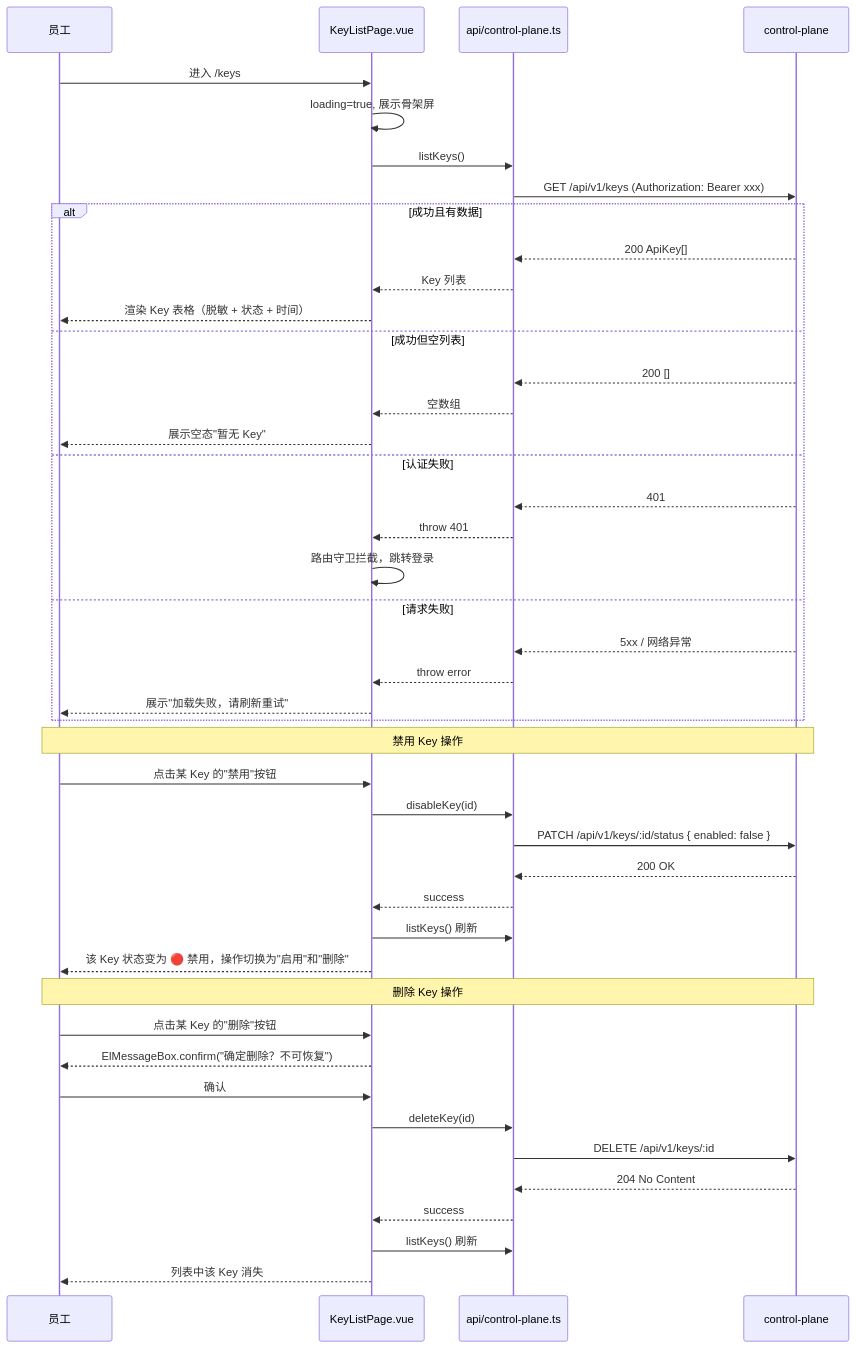
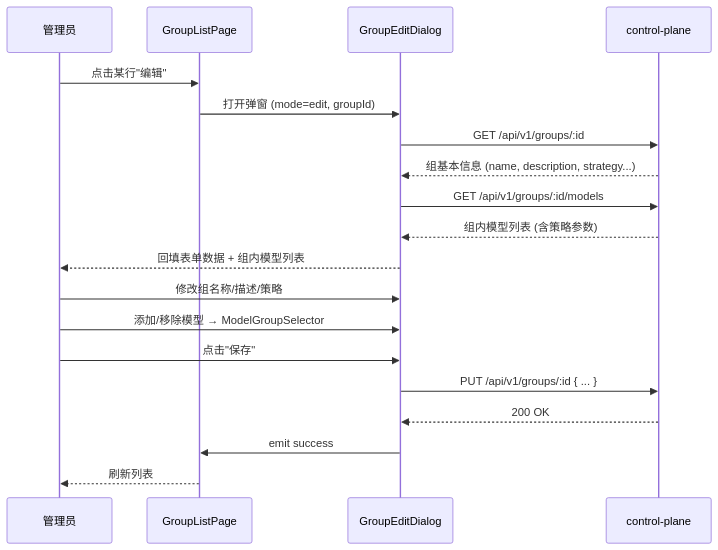
Before and after one commit to achieve-jsy/llm-gateway: the second of 3 diagrams in xspec/changes/ops-console/design.delta.md, drawn with Mermaid. The commit also changed other lines of this file and 174 other files, not shown here.

````diff
--- a/xspec/changes/ops-console/design.delta.md
+++ b/xspec/changes/ops-console/design.delta.md
@@ -375,50 +564,23 @@
 ```mermaid
 sequenceDiagram
-    participant User as 员工
-    participant Page as KeyListPage.vue
-    participant API as api/control-plane.ts
+    participant ADM as 管理员
+    participant GLP as GroupListPage
+    participant GED as GroupEditDialog
     participant CP as control-plane
 
-    User->>Page: 进入 /keys
-    Page->>Page: loading=true, 展示骨架屏
-    Page->>API: listKeys()
-    API->>CP: GET /api/v1/keys (Authorization: Bearer xxx)
+    ADM->>GLP: 点击某行"编辑"
+    GLP->>GED: 打开弹窗 (mode=edit, groupId)
+    GED->>CP: GET /api/v1/groups/:id
+    CP-->>GED: 组基本信息 (name, description, strategy...)
+    GED->>CP: GET /api/v1/groups/:id/models
+    CP-->>GED: 组内模型列表 (含策略参数)
+    GED-->>ADM: 回填表单数据 + 组内模型列表
 
-    alt 成功且有数据
-        CP-->>API: 200 ApiKey[]
-        API-->>Page: Key 列表
-        Page-->>User: 渲染 Key 表格（脱敏 + 状态 + 时间）
-    else 成功但空列表
-        CP-->>API: 200 []
-        API-->>Page: 空数组
-        Page-->>User: 展示空态"暂无 Key"
-    else 认证失败
-        CP-->>API: 401
-        API-->>Page: throw 401
-        Page->>Page: 路由守卫拦截，跳转登录
-    else 请求失败
-        CP-->>API: 5xx / 网络异常
-        API-->>Page: throw error
-        Page-->>User: 展示"加载失败，请刷新重试"
-    end
-
-    Note over User,CP: 禁用 Key 操作
-    User->>Page: 点击某 Key 的"禁用"按钮
-    Page->>API: disableKey(id)
-    API->>CP: PATCH /api/v1/keys/:id/status { enabled: false }
-    CP-->>API: 200 OK
-    API-->>Page: success
-    Page->>API: listKeys() 刷新
-    Page-->>User: 该 Key 状态变为 🔴 禁用，操作切换为"启用"和"删除"
-
-    Note over User,CP: 删除 Key 操作
-    User->>Page: 点击某 Key 的"删除"按钮
-    Page-->>User: ElMessageBox.confirm("确定删除？不可恢复")
-    User->>Page: 确认
-    Page->>API: deleteKey(id)
-    API->>CP: DELETE /api/v1/keys/:id
-    CP-->>API: 204 No Content
-    API-->>Page: success
-    Page->>API: listKeys() 刷新
-    Page-->>User: 列表中该 Key 消失
+    ADM->>GED: 修改组名称/描述/策略
+    ADM->>GED: 添加/移除模型 → ModelGroupSelector
+    ADM->>GED: 点击"保存"
+    GED->>CP: PUT /api/v1/groups/:id { ... }
+    CP-->>GED: 200 OK
+    GED->>GLP: emit success
+    GLP-->>ADM: 刷新列表
 ```
````
